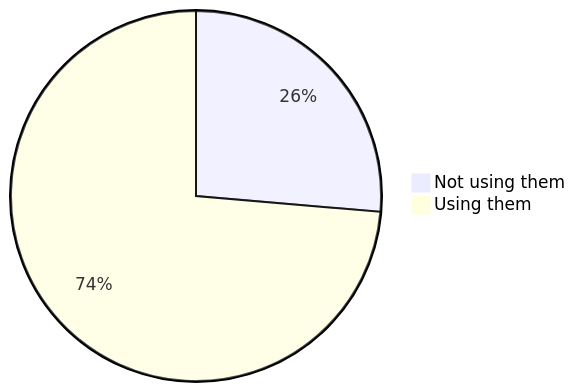
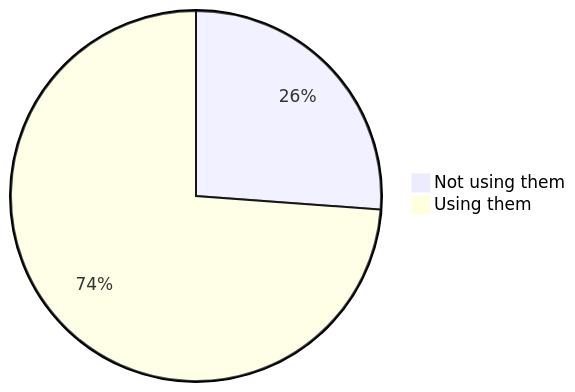
The first of 22 diagrams in stats.md (oshp/oshp-stats), drawn with Mermaid before and after one commit. The commit also changed other lines of this file, not shown here.

````diff
--- a/stats.md
+++ b/stats.md
@@ -10,6 +10,6 @@
 ```mermaid
 pie
-	"Not using them" : 26.36
-	"Using them" : 73.64
+	"Not using them" : 26.17
+	"Using them" : 73.83
 
 ```
````
